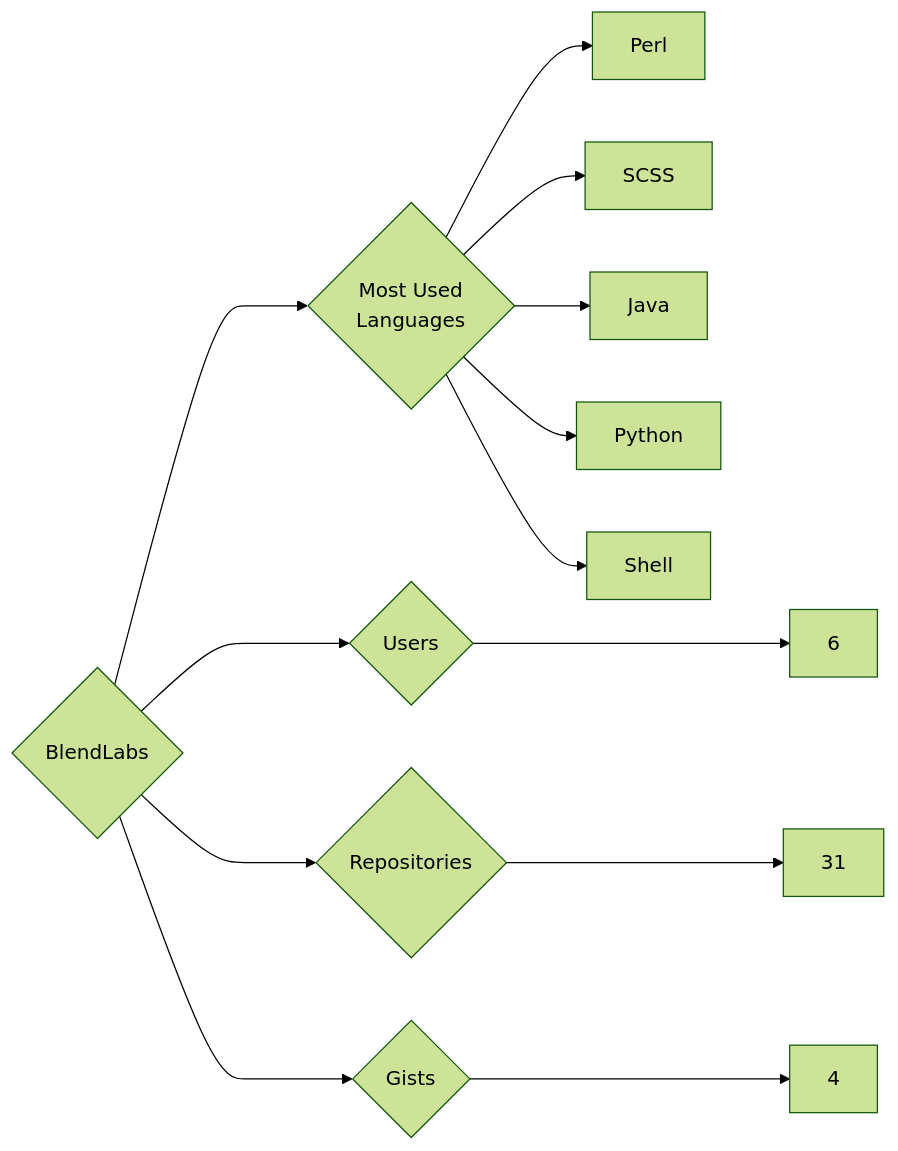
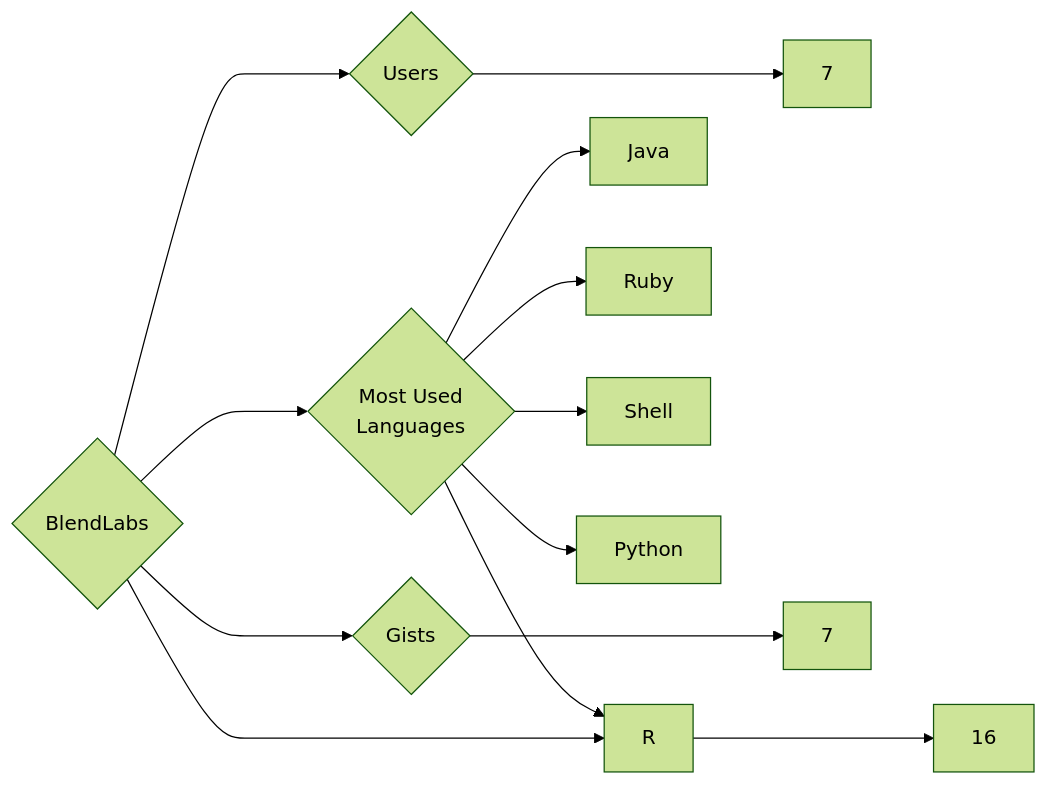
One commit to trickest/insiders changed the diagram in targets/BlendLabs/README.md. Above: the diagram before and after it, drawn with Mermaid (forest theme). The commit also changed 859 other files, not shown here.

````diff
--- a/targets/BlendLabs/README.md
+++ b/targets/BlendLabs/README.md
@@ -3,13 +3,13 @@
 ```mermaid
 graph LR
 COMPANY_NAME{BlendLabs}
-COMPANY_NAME ---> U{Users} ---> UN[6]
-COMPANY_NAME ---> R{Repositories} ---> RN[31]
-COMPANY_NAME ---> G{Gists} ---> GN[4]
+COMPANY_NAME ---> U{Users} ---> UN[7]
+COMPANY_NAME ---> R{Repositories} ---> RN[16]
+COMPANY_NAME ---> G{Gists} ---> GN[7]
 COMPANY_NAME ---> ML{Most Used<br>Languages}
-ML --> Perl[Perl]
-ML --> SCSS[SCSS]
 ML --> Java[Java]
+ML --> Ruby[Ruby]
+ML --> Shell[Shell]
+ML --> R[R]
 ML --> Python[Python]
-ML --> Shell[Shell]
 ```
````
